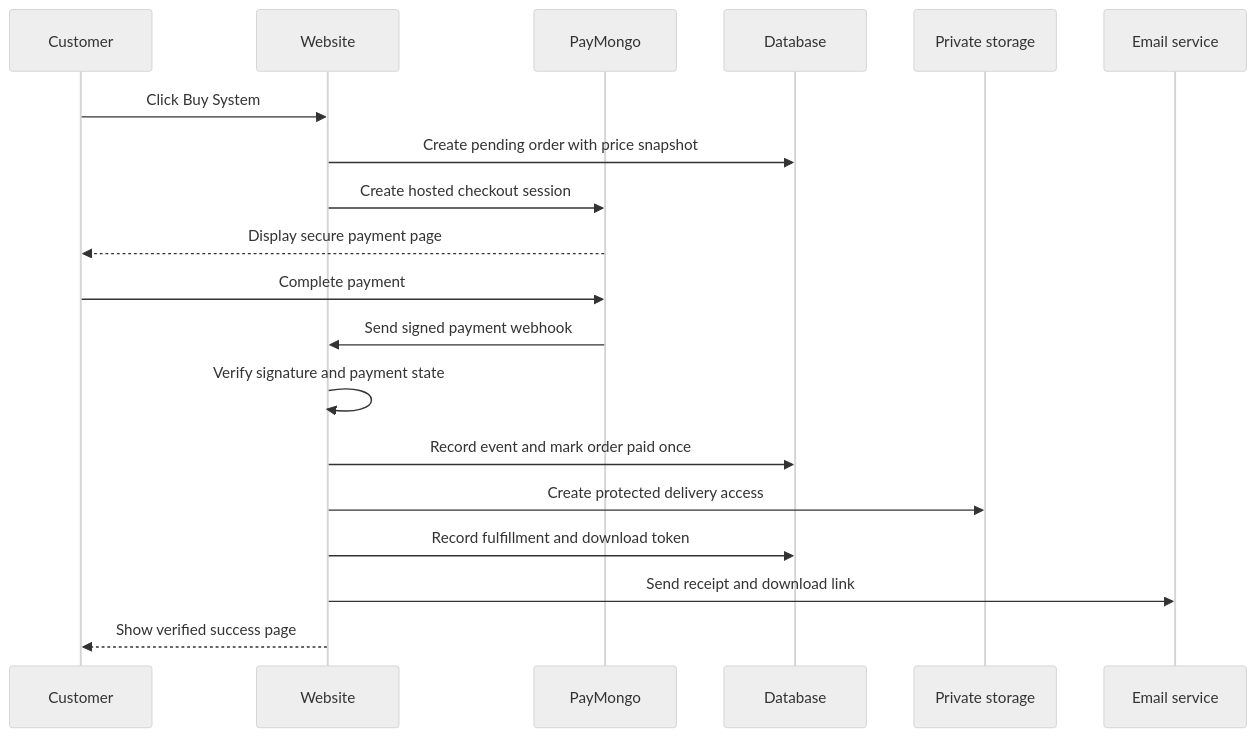
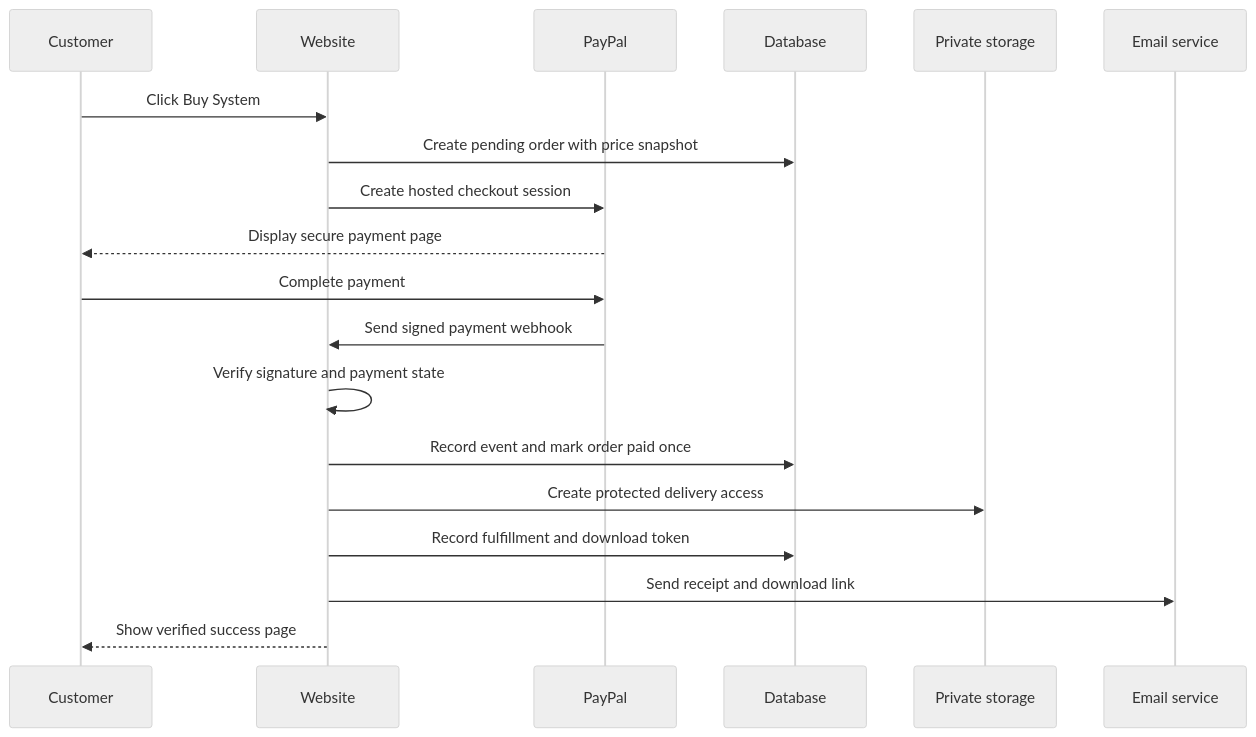
One commit to 12valor/WebSystemBuilders changed the second of 2 diagrams in docs/WEBSITE_BLUEPRINT.md. Above: the diagram before and after it, drawn with Mermaid (neutral theme). The commit also changed other lines of this file and 78 other files, not shown here.

First line of the commit message:
feat: replace PayMongo with PayPal Checkout

````diff
--- a/docs/WEBSITE_BLUEPRINT.md
+++ b/docs/WEBSITE_BLUEPRINT.md
@@ -446,22 +446,22 @@
 ```mermaid
 sequenceDiagram
     participant C as Customer
     participant W as Website
-    participant P as PayMongo
+    participant P as PayPal
     participant D as Database
     participant S as Private storage
     participant E as Email service
 
     C->>W: Click Buy System
     W->>D: Create pending order with price snapshot
     W->>P: Create hosted checkout session
     P-->>C: Display secure payment page
     C->>P: Complete payment
     P->>W: Send signed payment webhook
     W->>W: Verify signature and payment state
     W->>D: Record event and mark order paid once
     W->>S: Create protected delivery access
     W->>D: Record fulfillment and download token
     W->>E: Send receipt and download link
     W-->>C: Show verified success page
 ```
````
